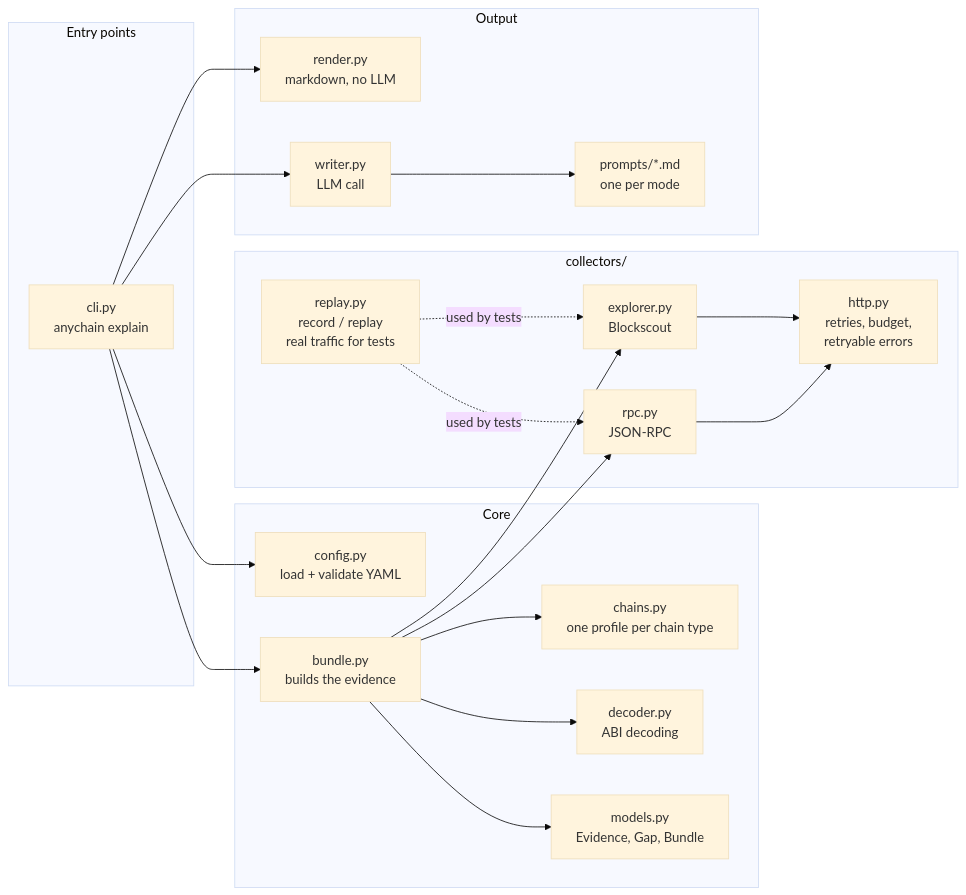
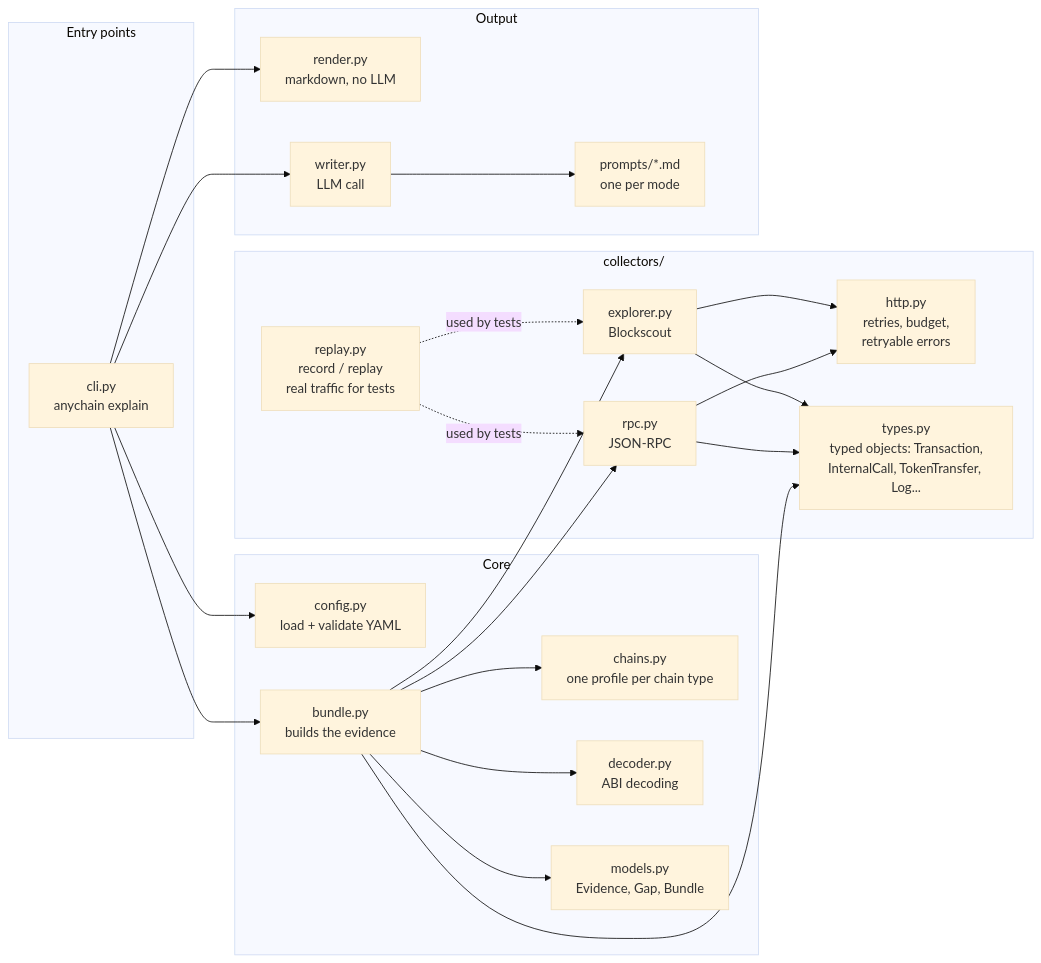
Before and after one commit to Ebaoj/anychain: the third of 4 diagrams in docs/ARCHITECTURE.md, drawn with Mermaid (base theme). The commit also changed other lines of this file and 2 other files, not shown here.

Commit message:
Docs: D21 typed objects and the differential review; code map in both languages

````diff
--- a/docs/ARCHITECTURE.md
+++ b/docs/ARCHITECTURE.md
@@ -116,42 +116,46 @@
 ```mermaid
 flowchart LR
     subgraph entry["Entry points"]
         cli["cli.py<br/>anychain explain"]
     end
 
     subgraph core["Core"]
         config["config.py<br/>load + validate YAML"]
         chains["chains.py<br/>one profile per chain type"]
         bundle["bundle.py<br/>builds the evidence"]
         decoder["decoder.py<br/>ABI decoding"]
         models["models.py<br/>Evidence, Gap, Bundle"]
     end
 
     subgraph collectors["collectors/"]
         http["http.py<br/>retries, budget,<br/>retryable errors"]
+        types["types.py<br/>typed objects: Transaction,<br/>InternalCall, TokenTransfer, Log..."]
         explorer["explorer.py<br/>Blockscout"]
         rpc["rpc.py<br/>JSON-RPC"]
         replay["replay.py<br/>record / replay<br/>real traffic for tests"]
     end
 
     subgraph output["Output"]
         render["render.py<br/>markdown, no LLM"]
         writer["writer.py<br/>LLM call"]
         prompts["prompts/*.md<br/>one per mode"]
     end
 
     cli --> config
     cli --> bundle
     cli --> render
     cli --> writer
     bundle --> explorer
     bundle --> rpc
     bundle --> decoder
     bundle --> models
     bundle --> chains
     explorer --> http
     rpc --> http
+    explorer --> types
+    rpc --> types
+    bundle --> types
     writer --> prompts
     replay -.used by tests.-> explorer
     replay -.used by tests.-> rpc
 ```
````
